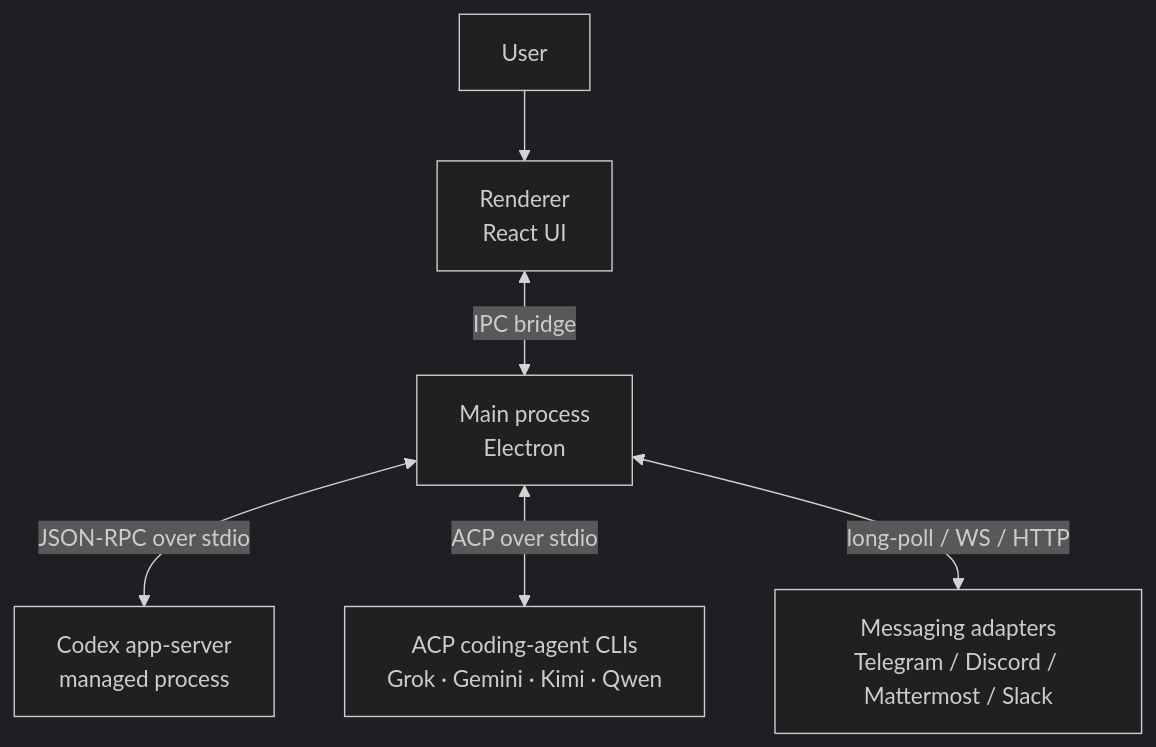
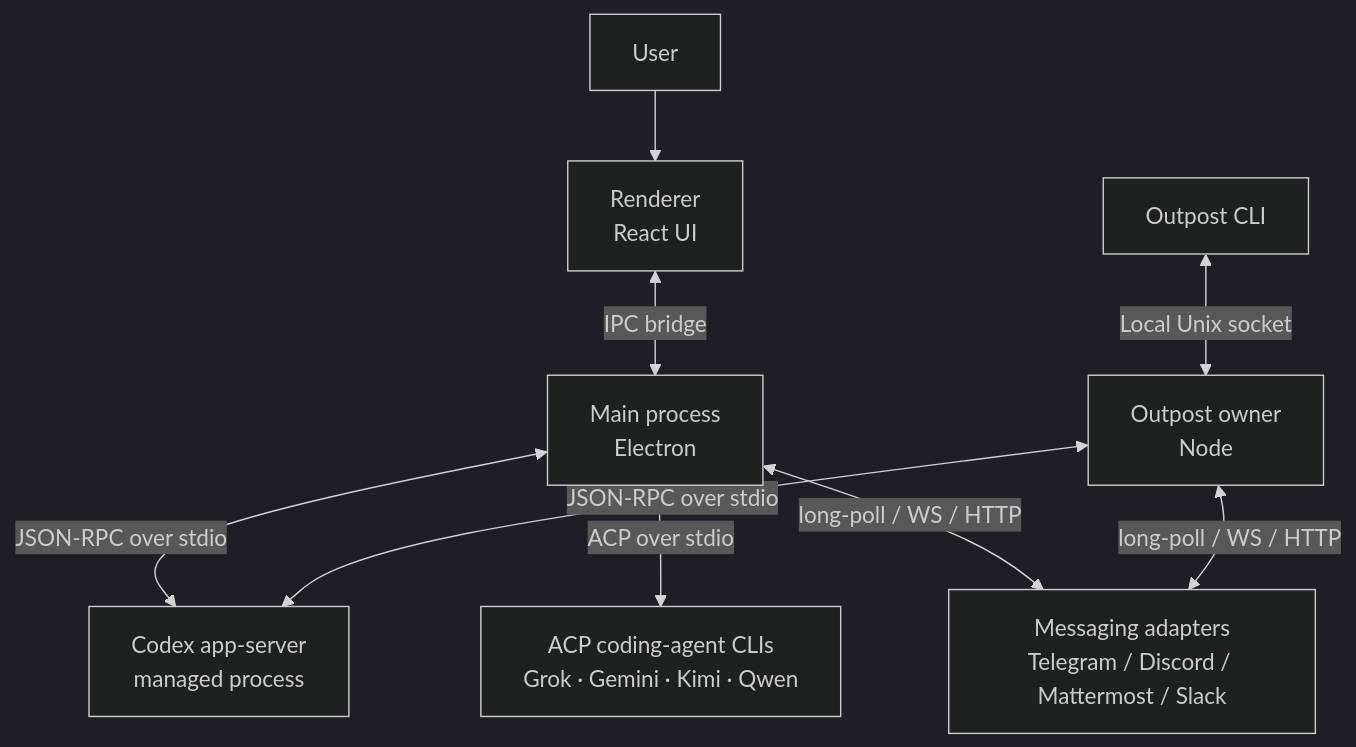
The first of 5 diagrams in ARCHITECTURE.md (pwrdrvr/PwrAgent), drawn with Mermaid (dark theme) before and after one commit. The commit also changed other lines of this file and 4 other files, not shown here.

Commit message:
docs(docs): describe the shared Node owner

````diff
--- a/ARCHITECTURE.md
+++ b/ARCHITECTURE.md
@@ -24,15 +25,20 @@
 ```mermaid
 graph TB
     User[User]
     Renderer["Renderer<br/>React UI"]
     Main["Main process<br/>Electron"]
+    CLI["Outpost CLI"]
+    NodeHost["Outpost owner<br/>Node"]
     CodexProcess["Codex app-server<br/>managed process"]
     ACPAgents["ACP coding-agent CLIs<br/>Grok · Gemini · Kimi · Qwen"]
     Adapters["Messaging adapters<br/>Telegram / Discord / Mattermost / Slack"]
 
     User --> Renderer
     Renderer <-->|IPC bridge| Main
+    CLI <-->|Local Unix socket| NodeHost
     Main <-->|JSON-RPC over stdio| CodexProcess
+    NodeHost <-->|JSON-RPC over stdio| CodexProcess
     Main <-->|ACP over stdio| ACPAgents
     Main <-->|long-poll / WS / HTTP| Adapters
+    NodeHost <-->|long-poll / WS / HTTP| Adapters
 ```
````
